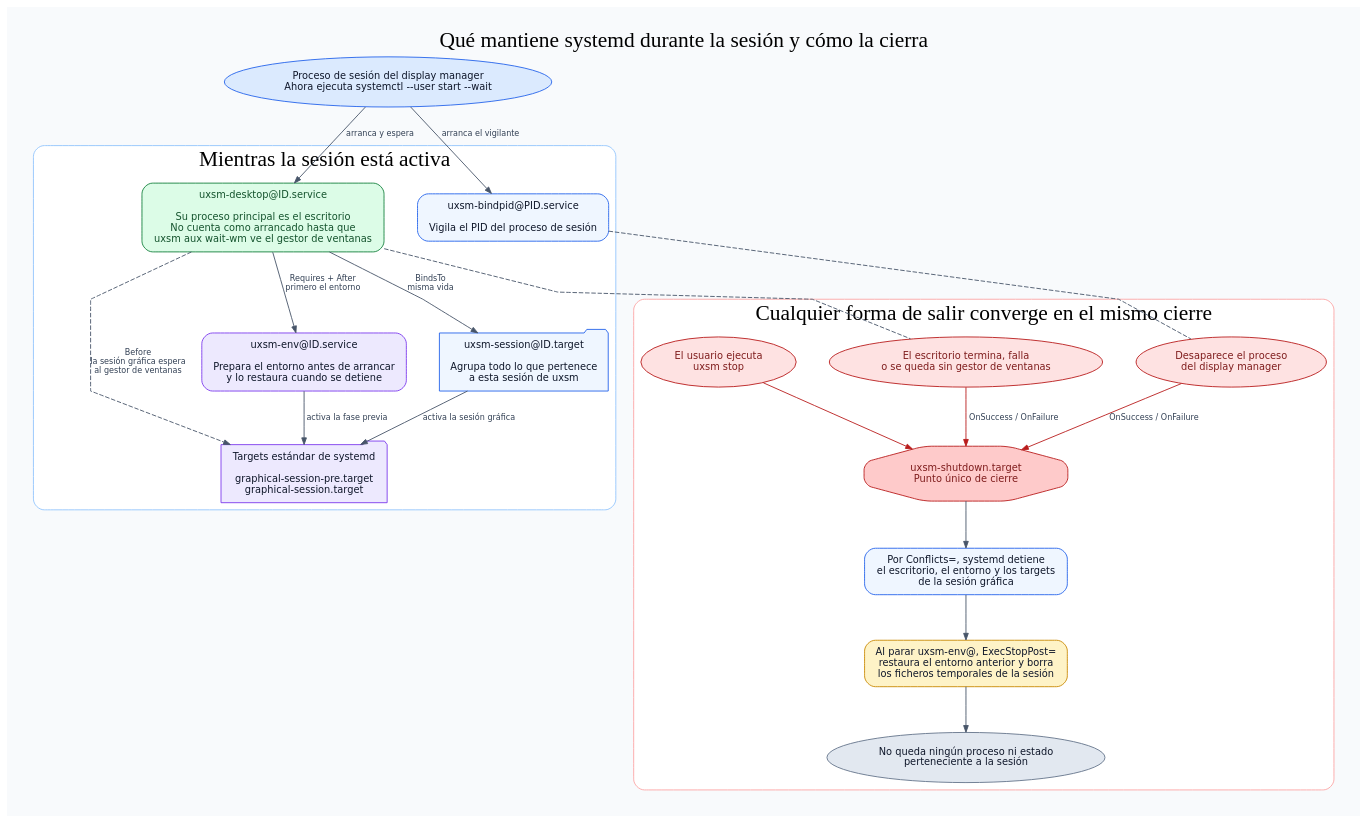
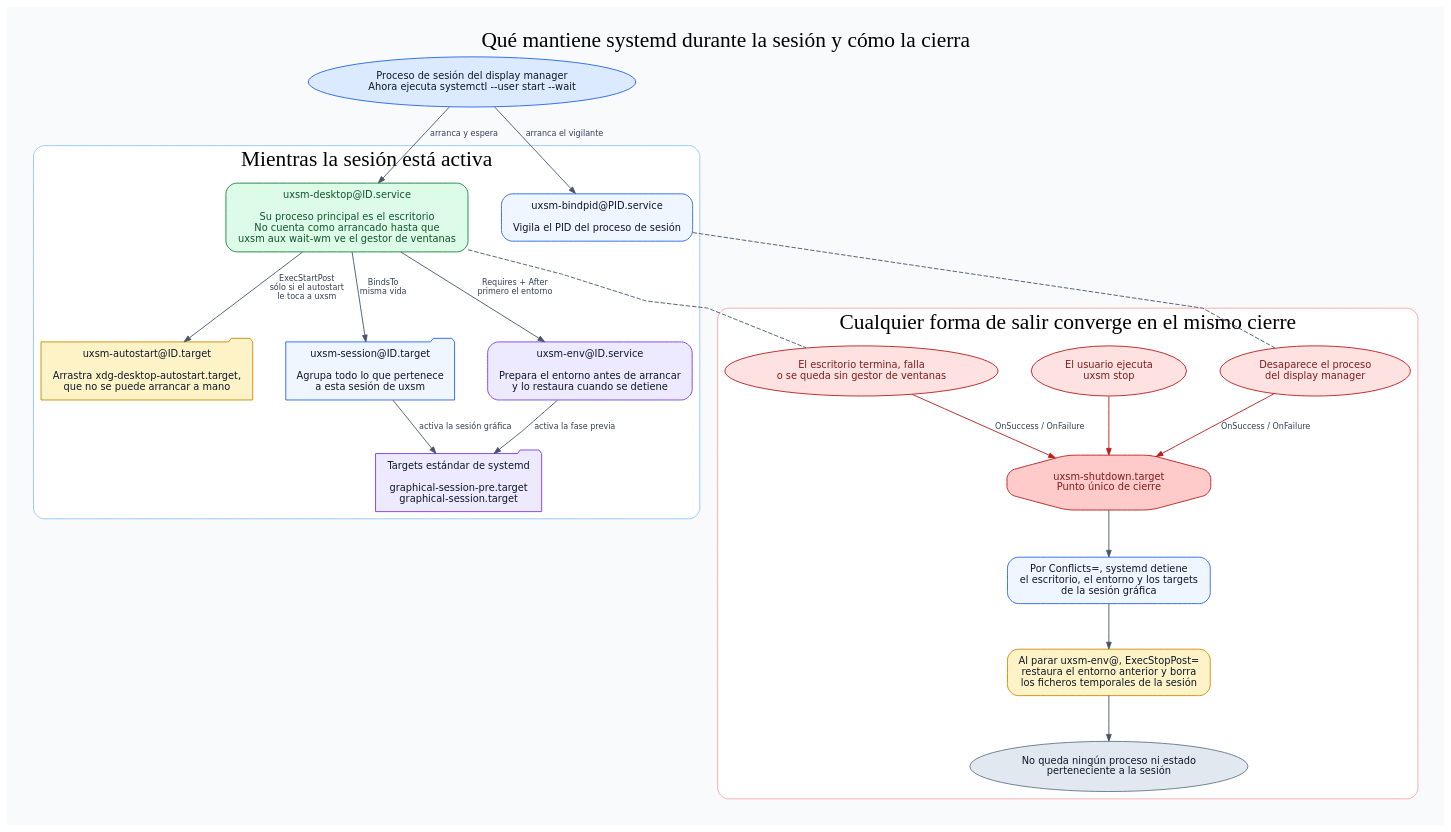
One commit to heizeisaburou/uxsm changed the diagram in docs/flows/systemd-lifecycle.dot. Above: the diagram before and after it, drawn with Graphviz. The commit also changed 14 other files, not shown here.

First line of the commit message:
Paso 5: el autostart XDG, en las sesiones en las que le toca a uxsm

```diff
--- a/docs/flows/systemd-lifecycle.dot
+++ b/docs/flows/systemd-lifecycle.dot
@@ -1,77 +1,79 @@
 digraph systemd_lifecycle {
   graph [
     label="Qué mantiene systemd durante la sesión y cómo la cierra",
     labelloc=t,
     fontsize=24,
     fontname="DejaVu Sans Bold",
     bgcolor="#f8fafc",
     pad=0.30,
     nodesep=0.52,
     ranksep=0.68,
     splines=polyline
   ];
   node [shape=box, style="rounded,filled", fontname="DejaVu Sans", fontsize=11,
         color="#2563eb", fillcolor="#eff6ff", fontcolor="#0f172a", margin="0.16,0.11"];
   edge [fontname="DejaVu Sans", fontsize=9, color="#475569", fontcolor="#334155", arrowsize=0.75];
 
   login [shape=oval, fillcolor="#dbeafe",
          label="Proceso de sesión del display manager\nAhora ejecuta systemctl --user start --wait"];
 
   subgraph cluster_active {
     label="Mientras la sesión está activa";
     color="#93c5fd";
     style="rounded,filled";
     fillcolor="#ffffff";
     fontname="DejaVu Sans Bold";
 
     bind [label="uxsm-bindpid@PID.service\n\nVigila el PID del proceso de sesión"];
     env [fillcolor="#ede9fe", color="#7c3aed",
          label="uxsm-env@ID.service\n\nPrepara el entorno antes de arrancar\ny lo restaura cuando se detiene"];
     desktop [fillcolor="#dcfce7", color="#15803d", fontcolor="#14532d",
              label="uxsm-desktop@ID.service\n\nSu proceso principal es el escritorio\nNo cuenta como arrancado hasta que\nuxsm aux wait-wm ve el gestor de ventanas"];
     session [shape=folder,
              label="uxsm-session@ID.target\n\nAgrupa todo lo que pertenece\na esta sesión de uxsm"];
     standards [shape=folder, fillcolor="#ede9fe", color="#7c3aed",
                label="Targets estándar de systemd\n\ngraphical-session-pre.target\ngraphical-session.target"];
+    autostart [shape=folder, fillcolor="#fef3c7", color="#ca8a04",
+               label="uxsm-autostart@ID.target\n\nArrastra xdg-desktop-autostart.target,\nque no se puede arrancar a mano"];
 
     desktop -> env [label=" Requires + After\nprimero el entorno "];
     desktop -> session [label=" BindsTo\nmisma vida "];
-    desktop -> standards [label=" Before\nla sesión gráfica espera\nal gestor de ventanas ", style=dashed];
     session -> standards [label=" activa la sesión gráfica "];
+    desktop -> autostart [label=" ExecStartPost\nsólo si el autostart\nle toca a uxsm "];
     env -> standards [label=" activa la fase previa "];
   }
 
   subgraph cluster_shutdown {
     label="Cualquier forma de salir converge en el mismo cierre";
     color="#fca5a5";
     style="rounded,filled";
     fillcolor="#ffffff";
     fontname="DejaVu Sans Bold";
 
     quit [shape=oval, color="#b91c1c", fillcolor="#fee2e2", fontcolor="#7f1d1d",
           label="El escritorio termina, falla\no se queda sin gestor de ventanas"];
     killed [shape=oval, color="#b91c1c", fillcolor="#fee2e2", fontcolor="#7f1d1d",
             label="Desaparece el proceso\ndel display manager"];
     stop [shape=oval, color="#b91c1c", fillcolor="#fee2e2", fontcolor="#7f1d1d",
           label="El usuario ejecuta\nuxsm stop"];
     shutdown [shape=octagon, color="#b91c1c", fillcolor="#fecaca", fontcolor="#7f1d1d",
               label="uxsm-shutdown.target\nPunto único de cierre"];
     stopunits [label="Por Conflicts=, systemd detiene\nel escritorio, el entorno y los targets\nde la sesión gráfica"];
     cleanup [fillcolor="#fef3c7", color="#ca8a04",
              label="Al parar uxsm-env@, ExecStopPost=\nrestaura el entorno anterior y borra\nlos ficheros temporales de la sesión"];
     down [shape=oval, fillcolor="#e2e8f0", color="#64748b",
           label="No queda ningún proceso ni estado\nperteneciente a la sesión"];
 
     quit -> shutdown [label=" OnSuccess / OnFailure ", color="#b91c1c"];
     killed -> shutdown [label=" OnSuccess / OnFailure ", color="#b91c1c"];
     stop -> shutdown [color="#b91c1c"];
     shutdown -> stopunits -> cleanup -> down;
 
     {rank=same; quit; killed; stop}
   }
 
   login -> bind [label=" arranca el vigilante "];
   login -> desktop [label=" arranca y espera "];
   desktop -> quit [style=dashed, arrowhead=none];
   bind -> killed [style=dashed, arrowhead=none];
 }
```
